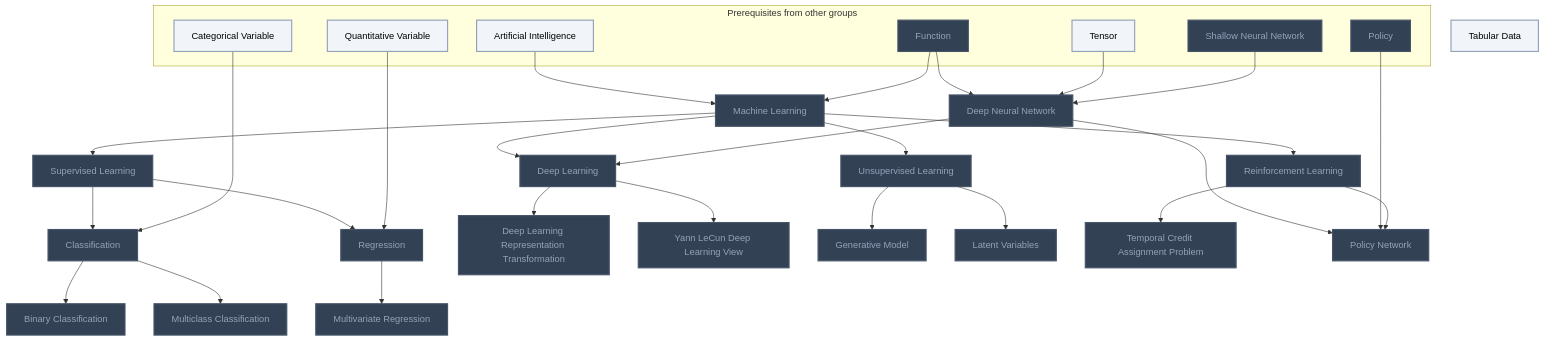
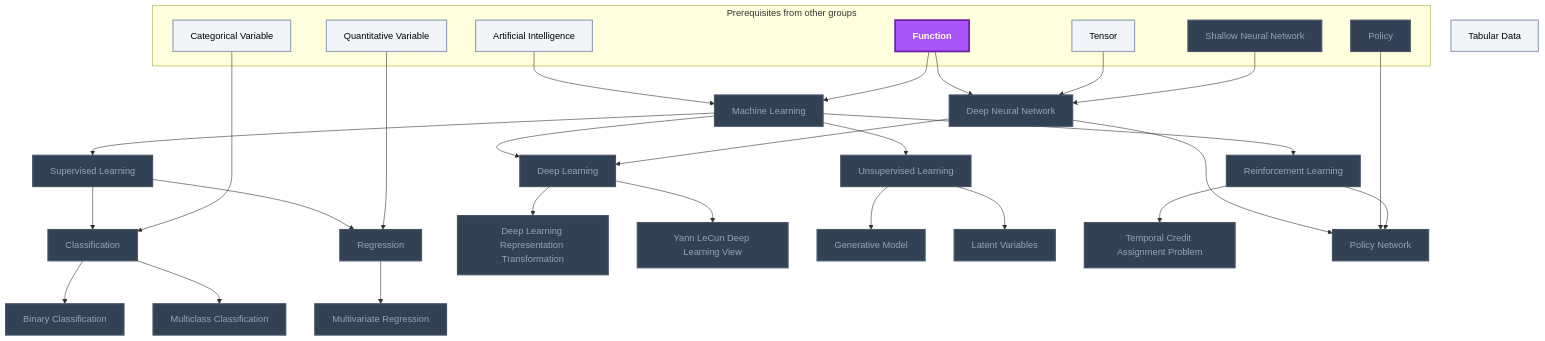
Before and after one commit to MRauf1/My-Notes: the first of 21 diagrams in Gamification/Skill Trees/Deep Learning.md, drawn with Mermaid. The commit also changed other lines of this file and 156 other files, not shown here.

Commit message:
Gamification and Reinforcement Learning

````diff
--- a/Gamification/Skill Trees/Deep Learning.md
+++ b/Gamification/Skill Trees/Deep Learning.md
@@ -14,67 +14,68 @@
 ```mermaid
 flowchart TD
     classDef planned fill:#1E293B,stroke:#64748B,stroke-width:2px,stroke-dasharray:5 5,color:#94A3B8;
     classDef locked fill:#334155,stroke:#475569,stroke-width:2px,color:#94A3B8;
     classDef L0 fill:#F1F5F9,stroke:#94A3B8,stroke-width:2px,color:#000000;
     classDef L1 fill:#22C55E,stroke:#15803D,stroke-width:2px,color:#000000;
     classDef L2 fill:#3B82F6,stroke:#1D4ED8,stroke-width:3px,color:#FFFFFF;
     classDef L3 fill:#A855F7,stroke:#6B21A8,stroke-width:3px,color:#FFFFFF,font-weight:bold;
     classDef L4 fill:#F97316,stroke:#C2410C,stroke-width:4px,color:#000000,font-weight:bold;
     classDef L5 fill:#FFD700,stroke:#FF8C00,stroke-width:5px,color:#000000,font-weight:bold;
     classDef rusty stroke:#8B4513,stroke-width:4px,stroke-dasharray:3 3;
     subgraph sg_prereqs["Prerequisites from other groups"]
         n_artificial_intelligence["Artificial Intelligence"]
         n_function["Function"]
         n_categorical_variable["Categorical Variable"]
         n_quantitative_variable["Quantitative Variable"]
         n_tensor["Tensor"]
         n_shallow_neural_network["Shallow Neural Network"]
         n_policy["Policy"]
     end
     n_machine_learning["Machine Learning"]
     n_supervised_learning["Supervised Learning"]
     n_unsupervised_learning["Unsupervised Learning"]
     n_reinforcement_learning["Reinforcement Learning"]
     n_classification["Classification"]
     n_regression["Regression"]
     n_binary_classification["Binary Classification"]
     n_multiclass_classification["Multiclass Classification"]
     n_multivariate_regression["Multivariate Regression"]
     n_tabular_data["Tabular Data"]
     n_deep_neural_network["Deep Neural Network"]
     n_deep_learning["Deep Learning"]
     n_deep_learning_representation_transformation["Deep Learning Representation Transformation"]
     n_yann_lecun_deep_learning_view["Yann LeCun Deep Learning View"]
     n_generative_model["Generative Model"]
     n_latent_variables["Latent Variables"]
     n_temporal_credit_assignment_problem["Temporal Credit Assignment Problem"]
     n_policy_network["Policy Network"]
     n_artificial_intelligence --> n_machine_learning
     n_function --> n_machine_learning
     n_machine_learning --> n_supervised_learning
     n_machine_learning --> n_unsupervised_learning
     n_machine_learning --> n_reinforcement_learning
     n_supervised_learning --> n_classification
     n_categorical_variable --> n_classification
     n_supervised_learning --> n_regression
     n_quantitative_variable --> n_regression
     n_classification --> n_binary_classification
     n_classification --> n_multiclass_classification
     n_regression --> n_multivariate_regression
     n_function --> n_deep_neural_network
     n_tensor --> n_deep_neural_network
     n_shallow_neural_network --> n_deep_neural_network
     n_machine_learning --> n_deep_learning
     n_deep_neural_network --> n_deep_learning
     n_deep_learning --> n_deep_learning_representation_transformation
     n_deep_learning --> n_yann_lecun_deep_learning_view
     n_unsupervised_learning --> n_generative_model
     n_unsupervised_learning --> n_latent_variables
     n_reinforcement_learning --> n_temporal_credit_assignment_problem
     n_deep_neural_network --> n_policy_network
     n_policy --> n_policy_network
     n_reinforcement_learning --> n_policy_network
-    class n_function,n_shallow_neural_network,n_policy,n_machine_learning,n_supervised_learning,n_unsupervised_learning,n_reinforcement_learning,n_classification,n_regression,n_binary_classification,n_multiclass_classification,n_multivariate_regression,n_deep_neural_network,n_deep_learning,n_deep_learning_representation_transformation,n_yann_lecun_deep_learning_view,n_generative_model,n_latent_variables,n_temporal_credit_assignment_problem,n_policy_network locked;
+    class n_shallow_neural_network,n_policy,n_machine_learning,n_supervised_learning,n_unsupervised_learning,n_reinforcement_learning,n_classification,n_regression,n_binary_classification,n_multiclass_classification,n_multivariate_regression,n_deep_neural_network,n_deep_learning,n_deep_learning_representation_transformation,n_yann_lecun_deep_learning_view,n_generative_model,n_latent_variables,n_temporal_credit_assignment_problem,n_policy_network locked;
     class n_artificial_intelligence,n_categorical_variable,n_quantitative_variable,n_tensor,n_tabular_data L0;
+    class n_function L3;
     class n_artificial_intelligence,n_function,n_categorical_variable,n_quantitative_variable,n_tensor,n_shallow_neural_network,n_policy,n_machine_learning,n_supervised_learning,n_unsupervised_learning,n_reinforcement_learning,n_classification,n_regression,n_binary_classification,n_multiclass_classification,n_multivariate_regression,n_tabular_data,n_deep_neural_network,n_deep_learning,n_deep_learning_representation_transformation,n_yann_lecun_deep_learning_view,n_generative_model,n_latent_variables,n_temporal_credit_assignment_problem,n_policy_network internal-link;
 ```
````
